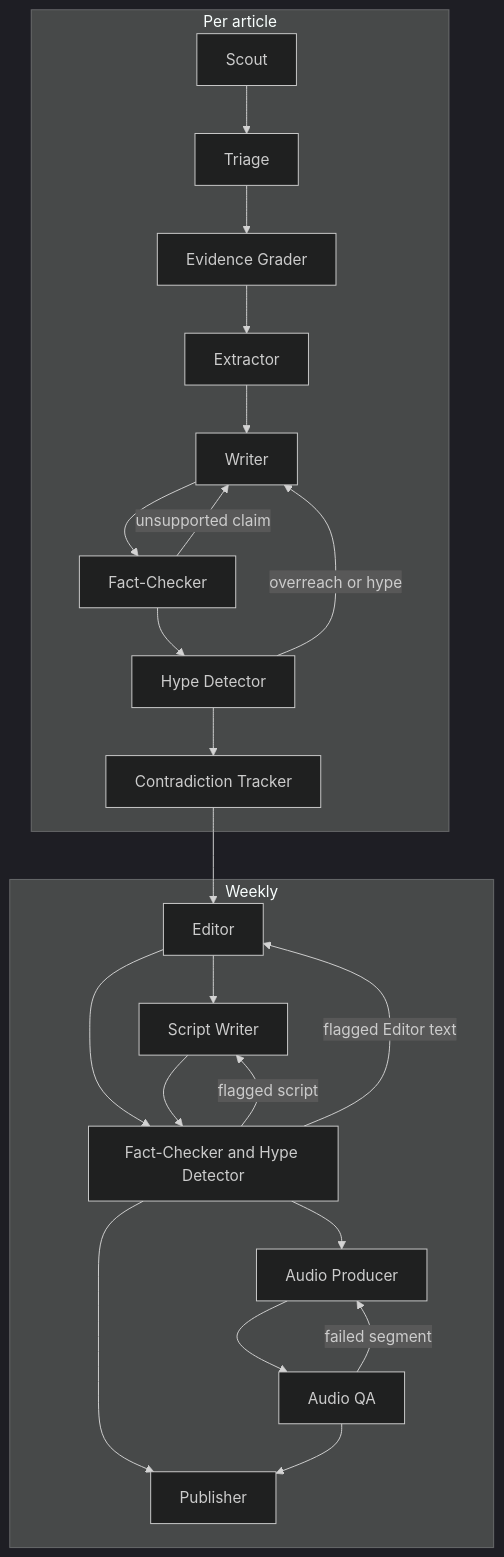
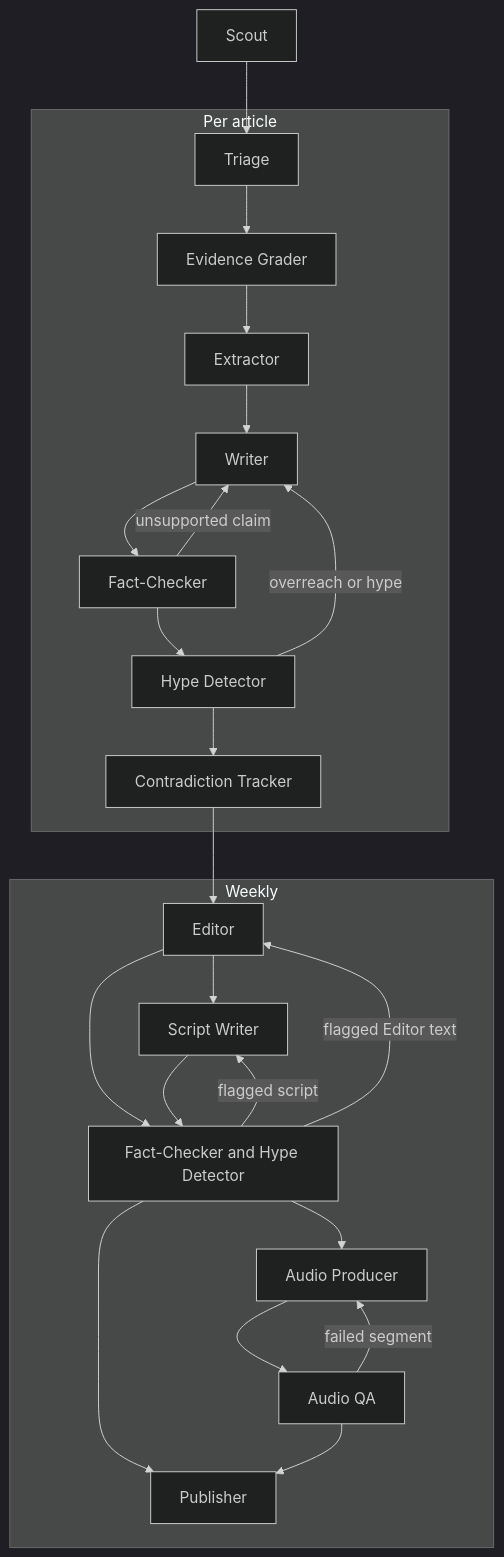
Before and after one commit to wpalombini/nutri-minutes: the diagram in docs/agents.md, drawn with Mermaid (dark theme). The commit also changed other lines of this file, not shown here.

````diff
--- a/docs/agents.md
+++ b/docs/agents.md
@@ -14,29 +14,29 @@
 ```mermaid
 flowchart TD
+    Scout --> Triage
     subgraph perArticle["Per article"]
-        Scout --> Triage
         Triage --> Grader["Evidence Grader"]
         Grader --> Extractor
         Extractor --> Writer
         Writer --> FactChecker["Fact-Checker"]
         FactChecker -- "unsupported claim" --> Writer
         FactChecker --> Hype["Hype Detector"]
         Hype -- "overreach or hype" --> Writer
         Hype --> Tracker["Contradiction Tracker"]
     end
 
     subgraph weekly["Weekly"]
         Editor --> Scripts["Script Writer"]
-        Editor --> WeeklyGates
-        Scripts --> WeeklyGates["Fact-Checker and Hype Detector"]
+        Editor --> WeeklyGates["Fact-Checker and Hype Detector"]
+        Scripts --> WeeklyGates
         WeeklyGates -- "flagged script" --> Scripts
         WeeklyGates -- "flagged Editor text" --> Editor
         WeeklyGates --> Audio["Audio Producer"]
         WeeklyGates --> Publisher
         Audio --> AudioQA["Audio QA"]
         AudioQA -- "failed segment" --> Audio
         AudioQA --> Publisher
     end
 
     Tracker --> Editor
 ```
````
